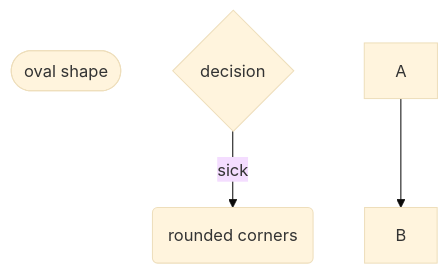
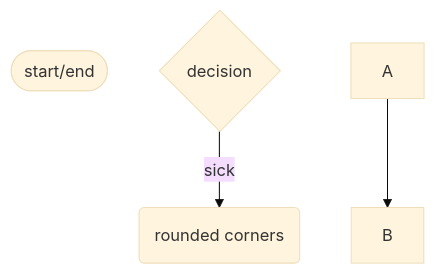
One commit to AjaySayer/Smart-Device-2023-Semester-1 changed the first of 4 diagrams in logic.md. Above: the diagram before and after it, drawn with Mermaid (base theme). The commit also changed other lines of this file, not shown here.

First line of the commit message:
flowchart update

````diff
--- a/logic.md
+++ b/logic.md
@@ -7,12 +7,11 @@
 ```mermaid
 flowchart TD
-    thing([oval shape])
+    thing([start/end])
     decision{decision}
     id1(rounded corners)
 
     decision-->|sick|id1
 
-
     A-->B
 
 ```
````
